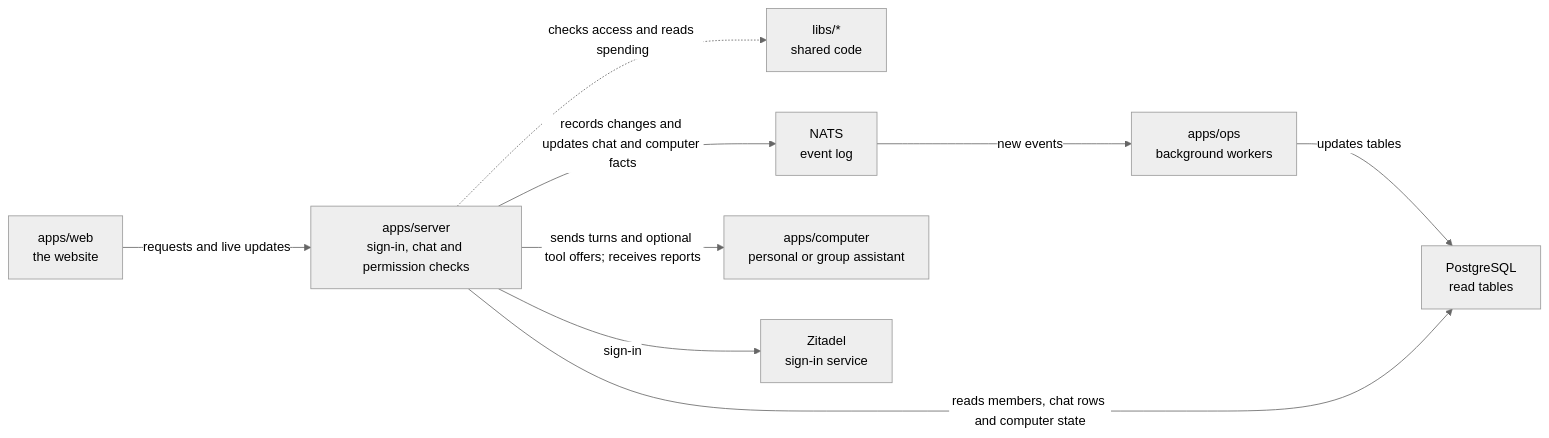
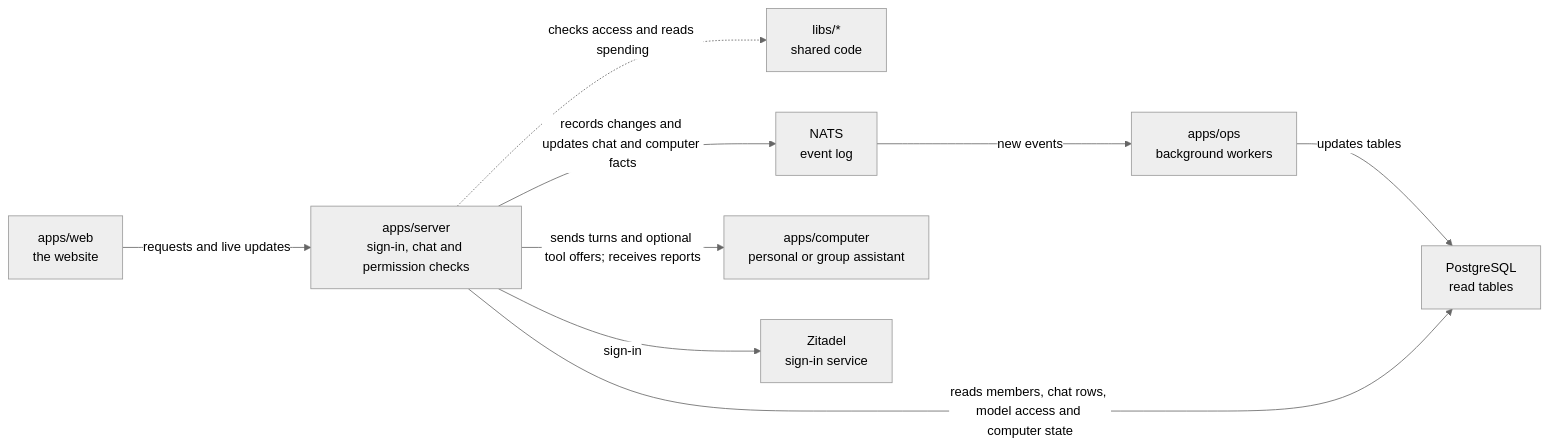
Before and after one commit to elewa-git/opencrane-new: the diagram in apps/server/README.md, drawn with Mermaid (neutral theme). The commit also changed other lines of this file and 19 other files, not shown here.

Commit message:
🔎 Add read-only model access views

````diff
--- a/apps/server/README.md
+++ b/apps/server/README.md
@@ -11,11 +11,11 @@
 ```mermaid
 flowchart LR
   web["apps/web<br/>the website"] -->|requests and live updates| server["apps/server<br/>sign-in, chat and permission checks"]
   server -.->|checks access and reads spending| libs["libs/*<br/>shared code"]
   server -->|records changes and updates chat and computer facts| nats["NATS<br/>event log"]
   nats -->|new events| ops["apps/ops<br/>background workers"]
   ops -->|updates tables| postgres["PostgreSQL<br/>read tables"]
-  server -->|reads members, chat rows and computer state| postgres
+  server -->|reads members, chat rows, model access and computer state| postgres
   server -->|sends turns and optional tool offers; receives reports| computer["apps/computer<br/>personal or group assistant"]
   server -->|sign-in| zitadel["Zitadel<br/>sign-in service"]
 ```
````
